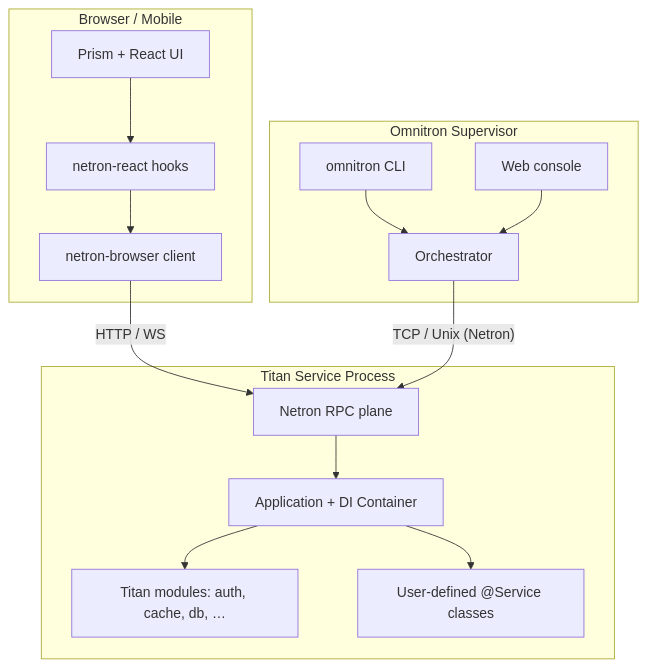
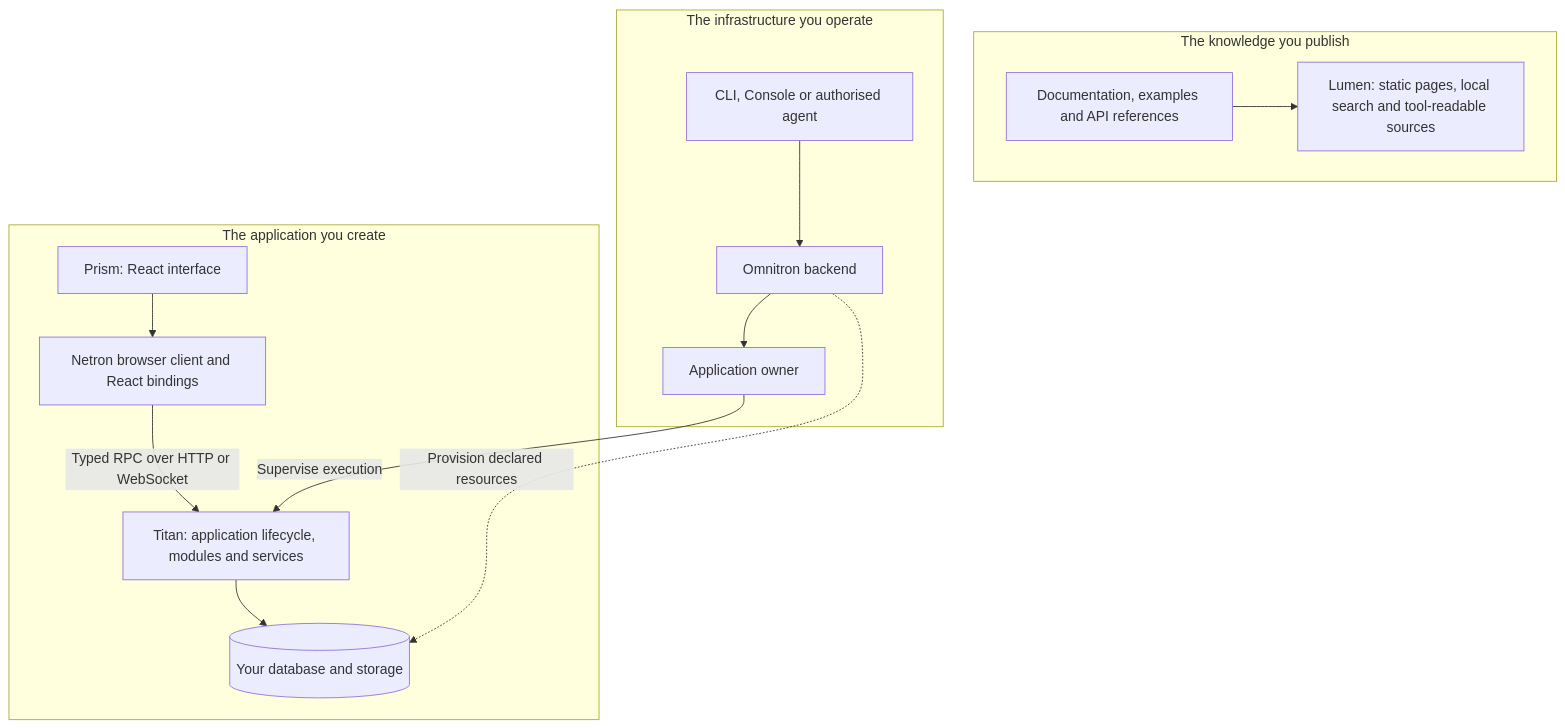
Before and after one commit to omnitron-dev/website: the diagram in docs/foundations/architecture.md, drawn with Mermaid. The commit also changed other lines of this file and 22 other files, not shown here.

Commit message:
docs(website): explain private architecture and automation design

````diff
--- a/docs/foundations/architecture.md
+++ b/docs/foundations/architecture.md
@@ -14,30 +19,26 @@
 ```mermaid
 flowchart TB
-    subgraph Browser["Browser / Mobile"]
-      UI[Prism + React UI]
-      Hooks[netron-react hooks]
-      NetClient[netron-browser client]
-      UI --> Hooks --> NetClient
-    end
-
-    subgraph Service["Titan Service Process"]
-      Netron[Netron RPC plane]
-      App[Application + DI Container]
-      Modules[Titan modules: auth, cache, db, …]
-      Services[User-defined @Service classes]
-      Netron --> App
-      App --> Modules
-      App --> Services
-    end
-
-    subgraph Operate["Omnitron Supervisor"]
-      CLI[omnitron CLI]
-      Console[Web console]
-      Orch[Orchestrator]
-      CLI --> Orch
-      Console --> Orch
-    end
-
-    NetClient -- "HTTP / WS" --> Netron
-    Orch -- "TCP / Unix (Netron)" --> Netron
+  subgraph Product["The application you create"]
+    UI["Prism: React interface"]
+    Client["Netron browser client and React bindings"]
+    Service["Titan: application lifecycle, modules and services"]
+    Data[("Your database and storage")]
+    UI --> Client
+    Client -->|Typed RPC over HTTP or WebSocket| Service
+    Service --> Data
+  end
+  subgraph Knowledge["The knowledge you publish"]
+    Source["Documentation, examples and API references"]
+    Lumen["Lumen: static pages, local search and tool-readable sources"]
+    Source --> Lumen
+  end
+  subgraph Operations["The infrastructure you operate"]
+    Operator["CLI, Console or authorised agent"]
+    Backend["Omnitron backend"]
+    Owner["Application owner"]
+    Operator --> Backend
+    Backend --> Owner
+  end
+  Owner -->|Supervise execution| Service
+  Backend -.->|Provision declared resources| Data
 ```
````
